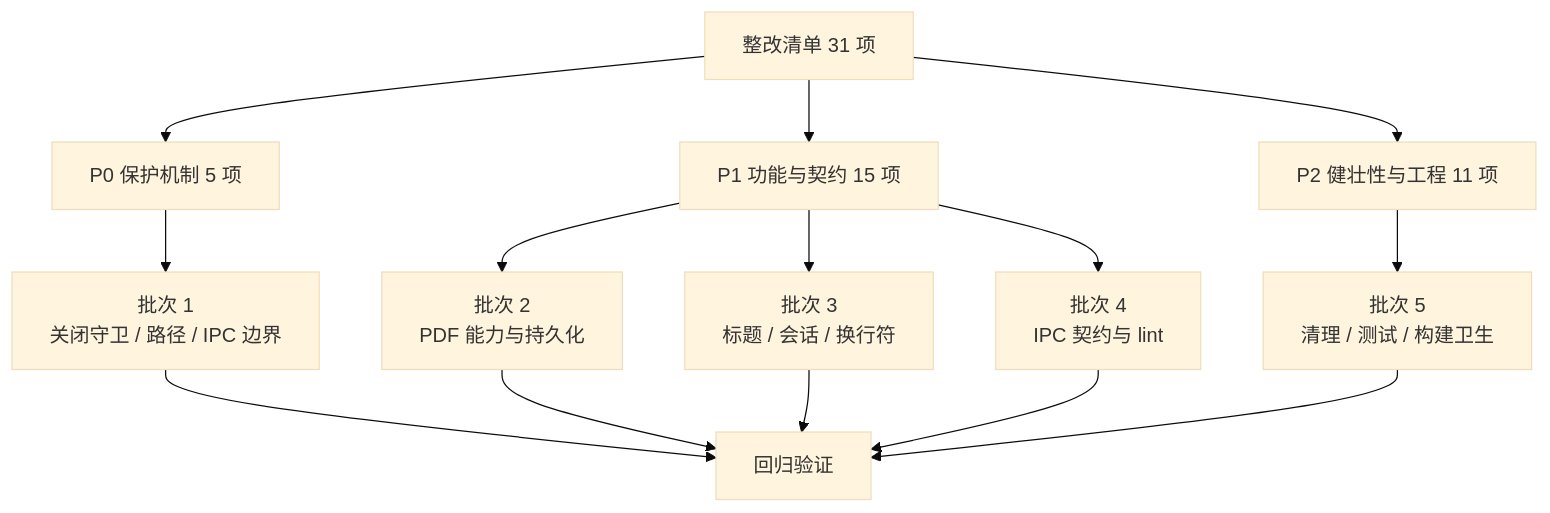
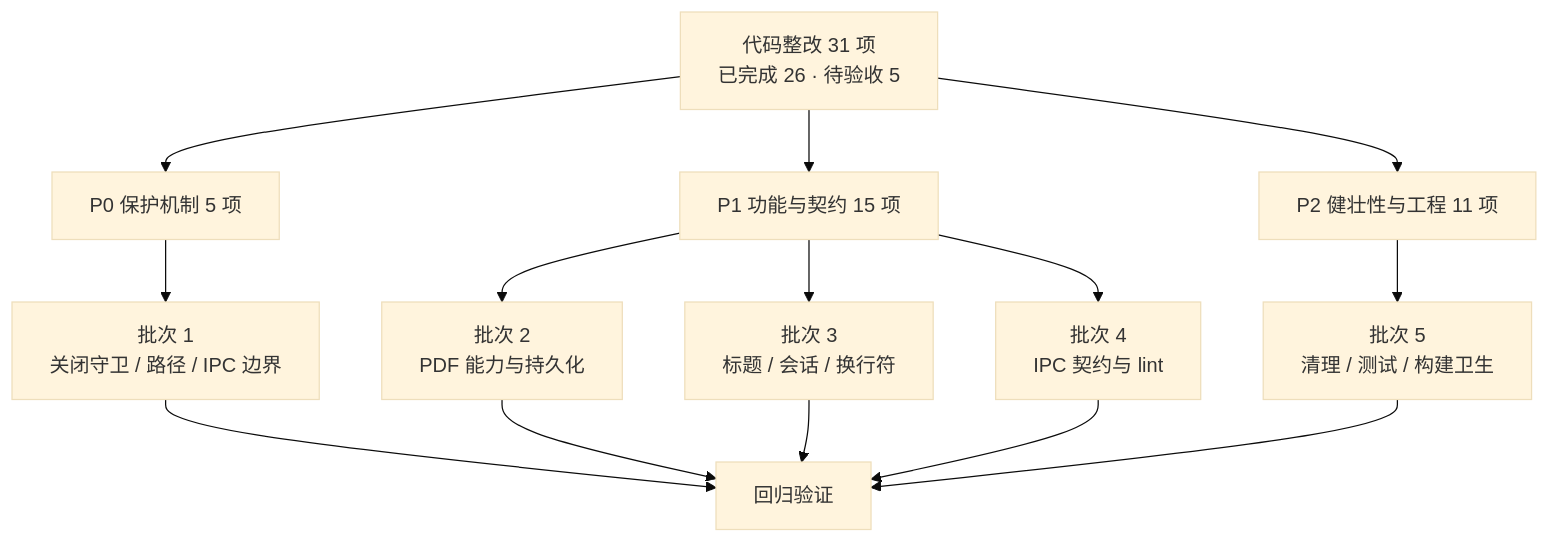
The diagram in docs/待整改清单.md (Harley-xk/mark-it), drawn with Mermaid (base theme) before and after one commit. The commit also changed other lines of this file, not shown here.

First line of the commit message:
docs(project): 整改清单补充待验收状态并改用图形标记

````diff
--- a/docs/待整改清单.md
+++ b/docs/待整改清单.md
@@ -39,18 +49,18 @@
 ```mermaid
 flowchart TD
-    A["整改清单 31 项"] --> B["P0 保护机制 5 项"]
+    A["代码整改 31 项<br/>已完成 26 · 待验收 5"] --> B["P0 保护机制 5 项"]
     A --> C["P1 功能与契约 15 项"]
     A --> D["P2 健壮性与工程 11 项"]
 
     B --> B1["批次 1<br/>关闭守卫 / 路径 / IPC 边界"]
     C --> C1["批次 2<br/>PDF 能力与持久化"]
     C --> C2["批次 3<br/>标题 / 会话 / 换行符"]
     C --> C3["批次 4<br/>IPC 契约与 lint"]
     D --> D1["批次 5<br/>清理 / 测试 / 构建卫生"]
 
     B1 --> E["回归验证"]
     C1 --> E
     C2 --> E
     C3 --> E
     D1 --> E
 ```
````
